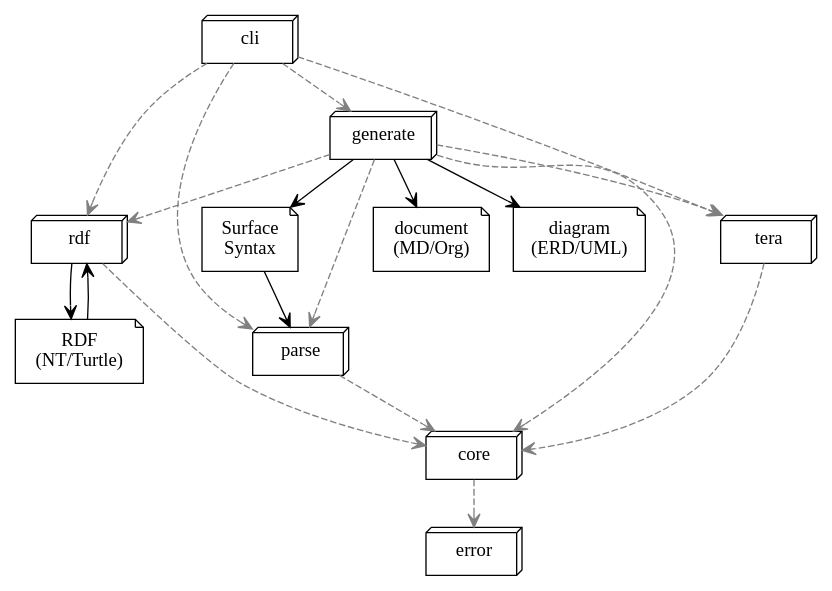
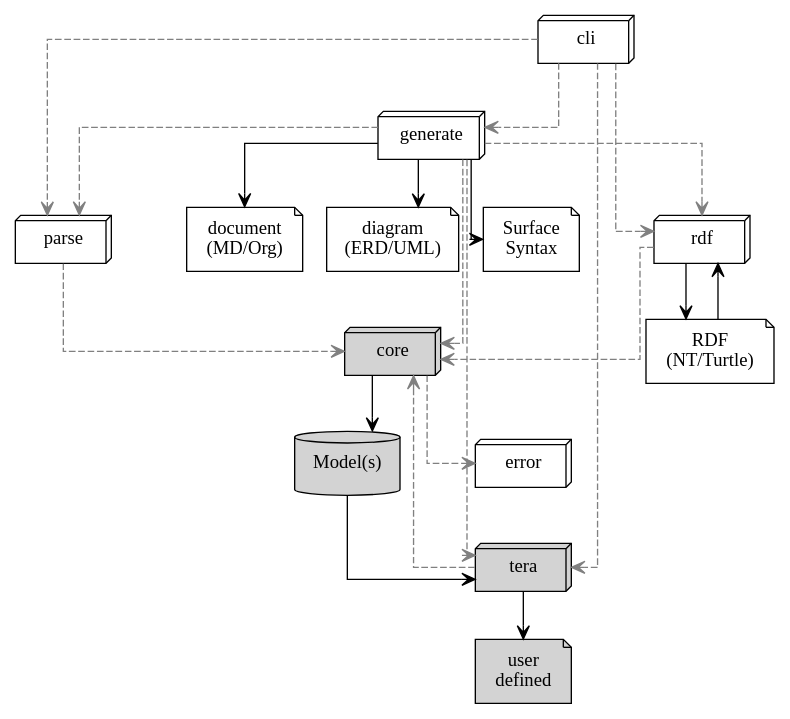
Before and after one commit to sdm-lang/rust-sdml: the diagram in doc/overview.dot, drawn with Graphviz. The commit also changed 10 other files, not shown here.

```diff
--- a/doc/overview.dot
+++ b/doc/overview.dot
@@ -1,40 +1,49 @@
 digraph G {
-  lines="ortho";
+  splines="ortho";
 
   node [shape="box3d"; width=1.0];
-  edge [arrowhead="vee"; style="dashed"; color="gray"];
+       // [style="filled"; fillcolor="lightgray"]
+  edge [arrowhead="vee"; style="dashed"; color="gray"]; 
+       // ; style="filled"; fillcolor="lightgray"
 
   cli;
-  core;
+  core [style="filled"; fillcolor="lightgray"];
   error;
   parse;
   rdf;
   generate;
+  tera [style="filled"; fillcolor="lightgray"];
 
   cli -> parse;
   cli -> rdf;
   cli -> generate;
   cli -> tera
   core -> error;
   parse -> core;
   rdf -> core;
   generate -> core;
   generate -> parse;
   generate -> rdf;
   generate -> tera;
   tera -> core;
 
   sdml_source [label="Surface\nSyntax"; shape="note"; height=0.66];
   rdf_source [label="RDF\n(NT/Turtle)"; shape="note"; height=0.66];
   doc [label="document\n(MD/Org)"; shape="note"; height=0.66];
   diagrams [label="diagram\n(ERD/UML)"; shape="note"; height=0.66];
+  other [label="user\ndefined"; shape="note"; height=0.66; style="filled"; fillcolor="lightgray"];
 
-  sdml_source -> parse [style="solid"; color="black"];
+  model [label="Model(s)"; shape="cylinder"; height=0.66; style="filled"; fillcolor="lightgray"];
+
+  //sdml_source -> parse [style="solid"; color="black"];
   generate -> sdml_source [style="solid"; color="black"];
 
   rdf_source -> rdf [style="solid"; color="black"];
   rdf -> rdf_source [style="solid"; color="black"];
   generate -> doc [style="solid"; color="black"];
   generate -> diagrams [style="solid"; color="black"];
 
+  core -> model [style="solid"; color="black"];
+  model -> tera [style="solid"; color="black"];
+  tera -> other [style="solid"; color="black"];
 }
```
